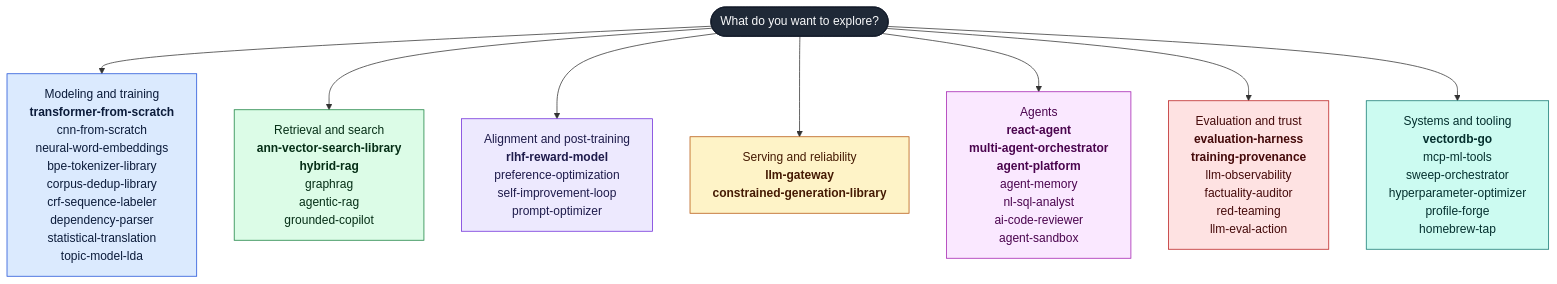
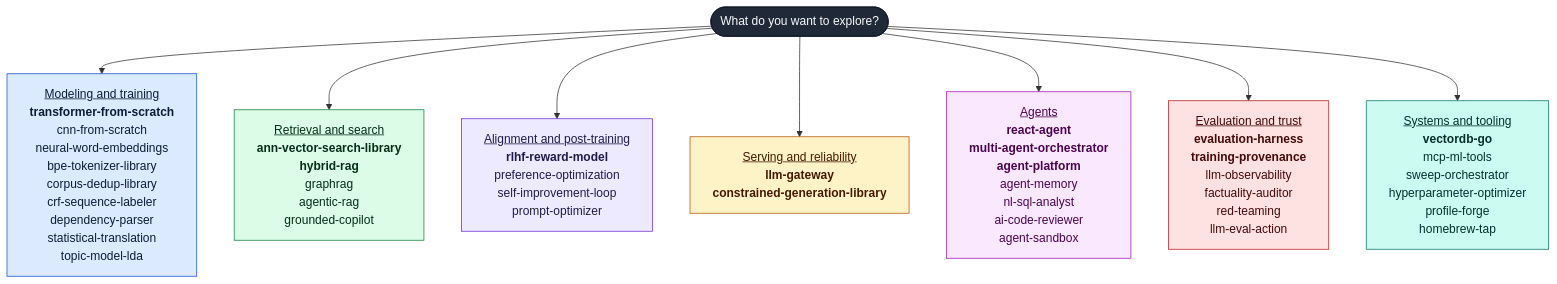
Before and after one commit to adeoluo/profile-forge: the first of 3 diagrams in examples/adeoluo.README.md, drawn with Mermaid. The commit also changed 4 other files, not shown here.

First line of the commit message:
feat(render): underline category titles in the path chart (#7)

````diff
--- a/examples/adeoluo.README.md
+++ b/examples/adeoluo.README.md
@@ -61,30 +61,30 @@
 ```mermaid
 %%{init: {"flowchart": {"wrappingWidth": 320}}}%%
 flowchart TD
   n_root(["What do you want to explore?"])
-  n_root --> n_model["Modeling and training<br/><b>transformer-from-scratch</b><br/>cnn-from-scratch<br/>neural-word-embeddings<br/>bpe-tokenizer-library<br/>corpus-dedup-library<br/>crf-sequence-labeler<br/>dependency-parser<br/>statistical-translation<br/>topic-model-lda"]
-  n_root --> n_retr["Retrieval and search<br/><b>ann-vector-search-library</b><br/><b>hybrid-rag</b><br/>graphrag<br/>agentic-rag<br/>grounded-copilot"]
-  n_root --> n_align["Alignment and post-training<br/><b>rlhf-reward-model</b><br/>preference-optimization<br/>self-improvement-loop<br/>prompt-optimizer"]
-  n_root --> n_serve["Serving and reliability<br/><b>llm-gateway</b><br/><b>constrained-generation-library</b>"]
-  n_root --> n_agent["Agents<br/><b>react-agent</b><br/><b>multi-agent-orchestrator</b><br/><b>agent-platform</b><br/>agent-memory<br/>nl-sql-analyst<br/>ai-code-reviewer<br/>agent-sandbox"]
-  n_root --> n_trust["Evaluation and trust<br/><b>evaluation-harness</b><br/><b>training-provenance</b><br/>llm-observability<br/>factuality-auditor<br/>red-teaming<br/>llm-eval-action"]
-  n_root --> n_sys["Systems and tooling<br/><b>vectordb-go</b><br/>mcp-ml-tools<br/>sweep-orchestrator<br/>hyperparameter-optimizer<br/>profile-forge<br/>homebrew-tap"]
+  n_root --> n_model["<u>Modeling and training</u><br/><b>transformer-from-scratch</b><br/>cnn-from-scratch<br/>neural-word-embeddings<br/>bpe-tokenizer-library<br/>corpus-dedup-library<br/>crf-sequence-labeler<br/>dependency-parser<br/>statistical-translation<br/>topic-model-lda"]
+  n_root --> n_retr["<u>Retrieval and search</u><br/><b>ann-vector-search-library</b><br/><b>hybrid-rag</b><br/>graphrag<br/>agentic-rag<br/>grounded-copilot"]
+  n_root --> n_align["<u>Alignment and post-training</u><br/><b>rlhf-reward-model</b><br/>preference-optimization<br/>self-improvement-loop<br/>prompt-optimizer"]
+  n_root --> n_serve["<u>Serving and reliability</u><br/><b>llm-gateway</b><br/><b>constrained-generation-library</b>"]
+  n_root --> n_agent["<u>Agents</u><br/><b>react-agent</b><br/><b>multi-agent-orchestrator</b><br/><b>agent-platform</b><br/>agent-memory<br/>nl-sql-analyst<br/>ai-code-reviewer<br/>agent-sandbox"]
+  n_root --> n_trust["<u>Evaluation and trust</u><br/><b>evaluation-harness</b><br/><b>training-provenance</b><br/>llm-observability<br/>factuality-auditor<br/>red-teaming<br/>llm-eval-action"]
+  n_root --> n_sys["<u>Systems and tooling</u><br/><b>vectordb-go</b><br/>mcp-ml-tools<br/>sweep-orchestrator<br/>hyperparameter-optimizer<br/>profile-forge<br/>homebrew-tap"]
 
   classDef c_root fill:#1f2937,stroke:#111827,color:#f9fafb;
   classDef c_model fill:#dbeafe,stroke:#1d4ed8,color:#0b1b3a;
   classDef c_retr fill:#dcfce7,stroke:#15803d,color:#052e16;
   classDef c_align fill:#ede9fe,stroke:#6d28d9,color:#1e1b4b;
   classDef c_serve fill:#fef3c7,stroke:#b45309,color:#451a03;
   classDef c_agent fill:#fae8ff,stroke:#a21caf,color:#4a044e;
   classDef c_trust fill:#fee2e2,stroke:#b91c1c,color:#450a0a;
   classDef c_sys fill:#ccfbf1,stroke:#0f766e,color:#042f2e;
 
   class n_root c_root;
   class n_model c_model;
   class n_retr c_retr;
   class n_align c_align;
   class n_serve c_serve;
   class n_agent c_agent;
   class n_trust c_trust;
   class n_sys c_sys;
 ```
````
